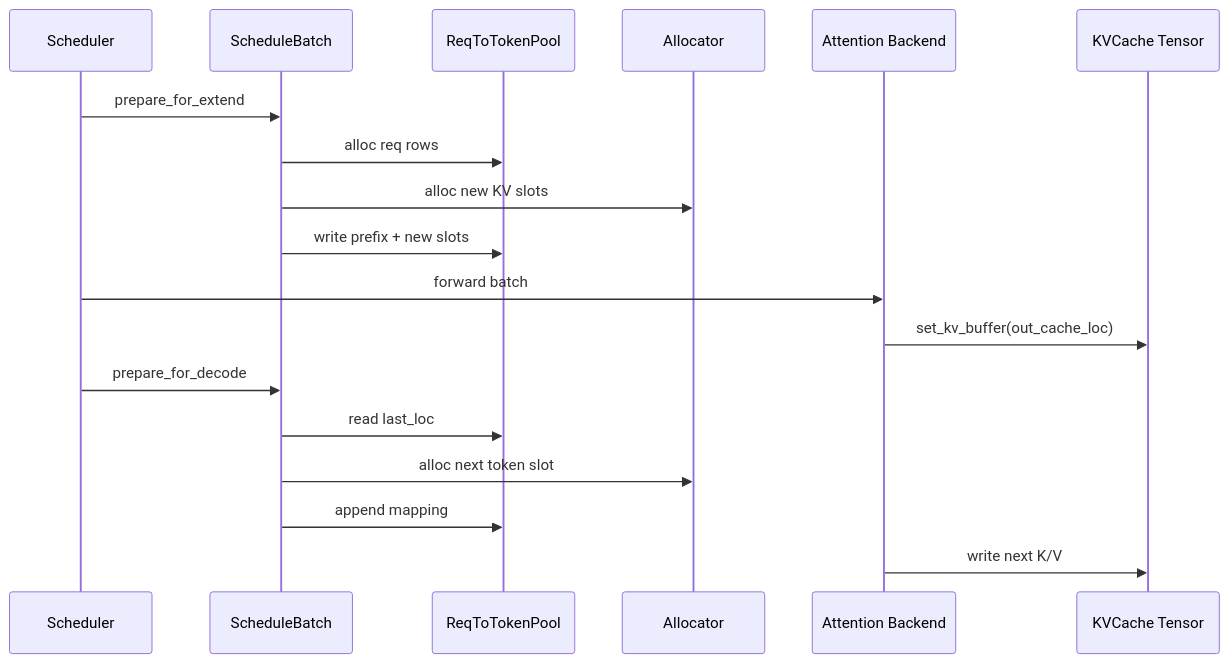
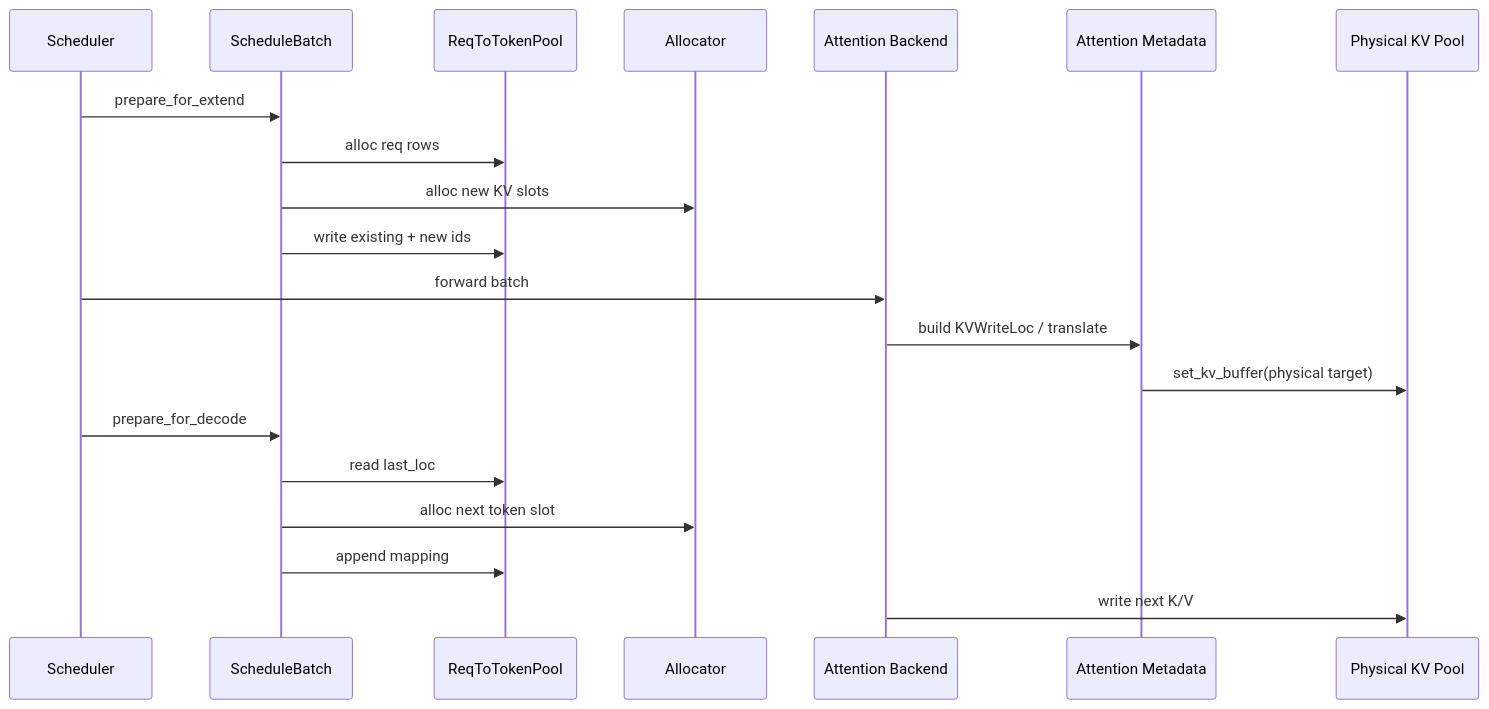
The second of 2 diagrams in sglang_reading/内存与Attention/KV-Cache/SGLang-KV-Cache-数据流.md (OnlyHero5/sglang-reading-vault), drawn with Mermaid before and after one commit. The commit also changed other lines of this file and 512 other files, not shown here.

````diff
--- a/sglang_reading/内存与Attention/KV-Cache/SGLang-KV-Cache-数据流.md
+++ b/sglang_reading/内存与Attention/KV-Cache/SGLang-KV-Cache-数据流.md
@@ -321,21 +354,23 @@
 ```mermaid
 sequenceDiagram
     participant S as Scheduler
     participant B as ScheduleBatch
     participant R as ReqToTokenPool
     participant A as Allocator
     participant T as Attention Backend
-    participant K as KVCache Tensor
+    participant M as Attention Metadata
+    participant K as Physical KV Pool
 
     S->>B: prepare_for_extend
     B->>R: alloc req rows
     B->>A: alloc new KV slots
-    B->>R: write prefix + new slots
+    B->>R: write existing + new ids
     S->>T: forward batch
-    T->>K: set_kv_buffer(out_cache_loc)
+    T->>M: build KVWriteLoc / translate
+    M->>K: set_kv_buffer(physical target)
     S->>B: prepare_for_decode
     B->>R: read last_loc
     B->>A: alloc next token slot
     B->>R: append mapping
     T->>K: write next K/V
 ```
````
